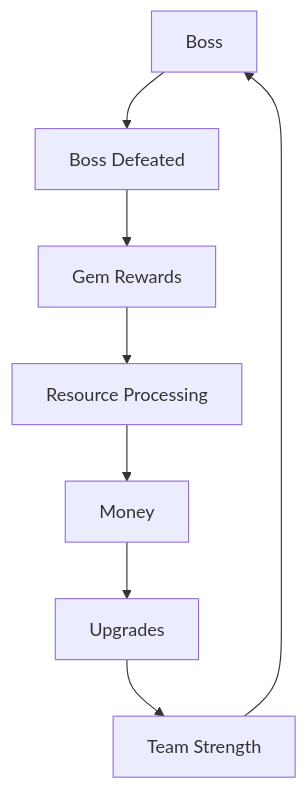
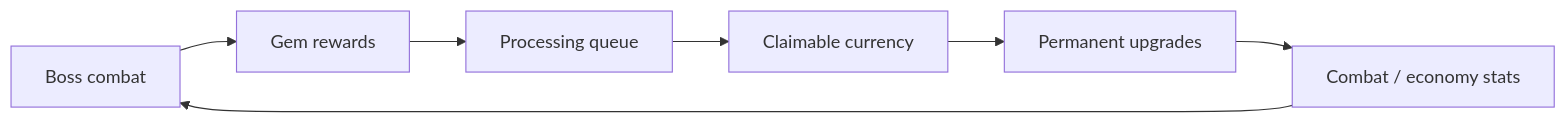
Before and after one commit to Pval-Dev/Idle-Boss-Fighters: the diagram in docs/economy-system.md, drawn with Mermaid. The commit also changed other lines of this file and 8 other files, not shown here.

````diff
--- a/docs/economy-system.md
+++ b/docs/economy-system.md
@@ -49,31 +9,9 @@
 ```mermaid
-flowchart TD
-
-Boss["Boss"]
-
-Defeat["Boss Defeated"]
-
-Gems["Gem Rewards"]
-
-Processing["Resource Processing"]
-
-Currency["Money"]
-
-Upgrades["Upgrades"]
-
-Power["Team Strength"]
-
-Boss --> Defeat
-
-Defeat --> Gems
-
-Gems --> Processing
-
-Processing --> Currency
-
-Currency --> Upgrades
-
-Upgrades --> Power
-
-Power --> Boss
+flowchart LR
+    Boss["Boss combat"] --> Gems["Gem rewards"]
+    Gems --> Processor["Processing queue"]
+    Processor --> Money["Claimable currency"]
+    Money --> Upgrades["Permanent upgrades"]
+    Upgrades --> Stats["Combat / economy stats"]
+    Stats --> Boss
 ```
````
